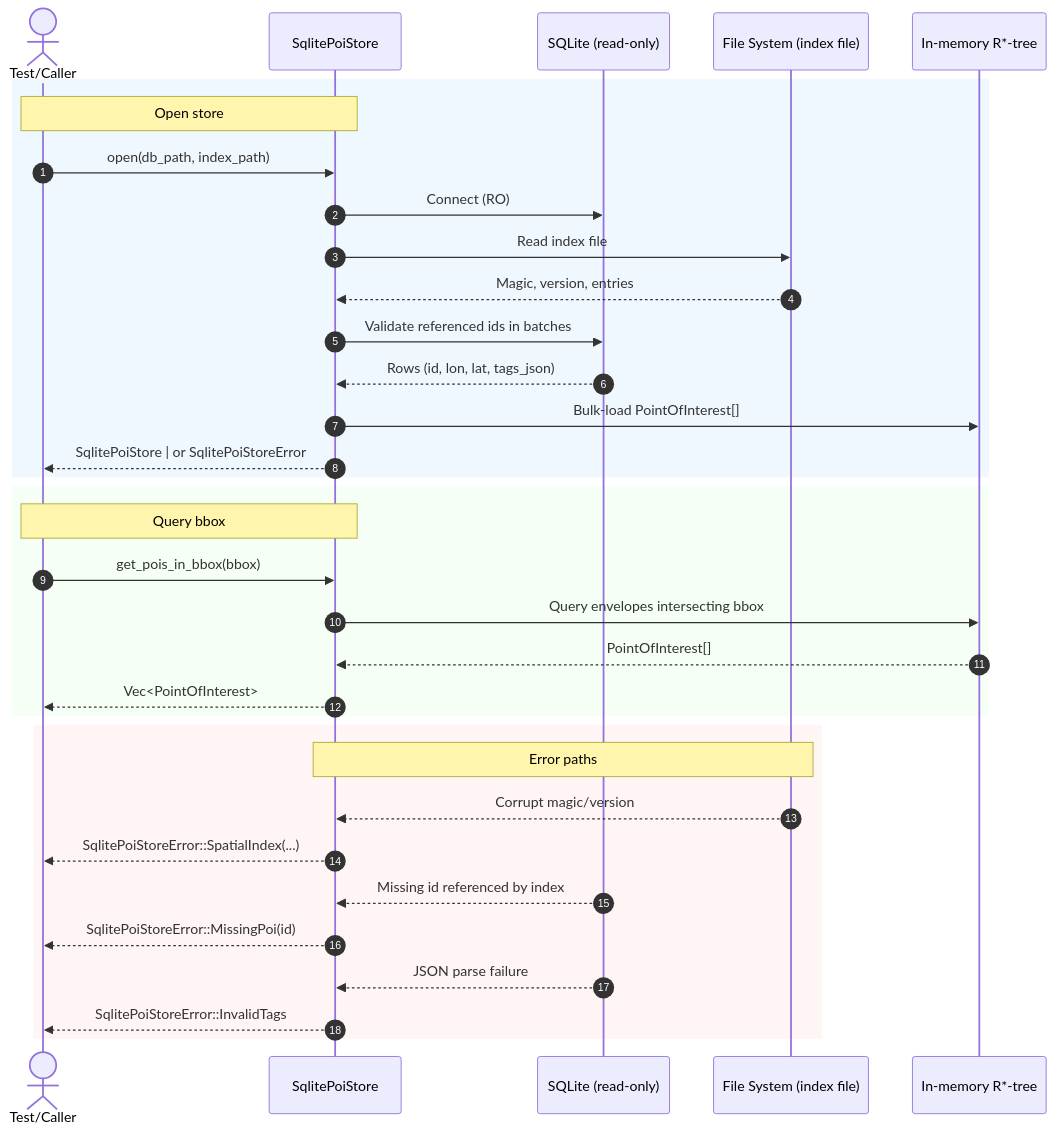
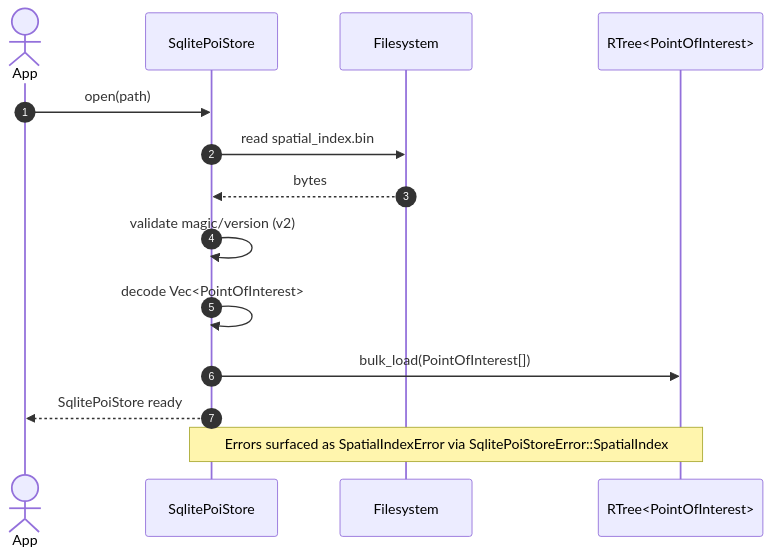
Before and after one commit to leynos/wildside-engine: the second of 3 diagrams in docs/wildside-engine-design.md, drawn with Mermaid. The commit also changed other lines of this file, not shown here.

Commit message:
Add spatial index runtime sequence diagrams

````diff
--- a/docs/wildside-engine-design.md
+++ b/docs/wildside-engine-design.md
@@ -158,39 +158,17 @@
 ```mermaid
 sequenceDiagram
   autonumber
-  actor Test as Test/Caller
+  actor App
   participant Store as SqlitePoiStore
-  participant SQLite as SQLite (read-only)
-  participant FS as File System (index file)
-  participant RTree as In-memory R*-tree
+  participant FS as Filesystem
+  participant RTree as RTree<PointOfInterest>
 
-  rect rgb(240,248,255)
-    note over Test,Store: Open store
-    Test->>Store: open(db_path, index_path)
-    Store->>SQLite: Connect (RO)
-    Store->>FS: Read index file
-    FS-->>Store: Magic, version, entries
-    Store->>SQLite: Validate referenced ids in batches
-    SQLite-->>Store: Rows (id, lon, lat, tags_json)
-    Store->>RTree: Bulk-load PointOfInterest[]
-    Store-->>Test: SqlitePoiStore | or SqlitePoiStoreError
-  end
-
-  rect rgb(245,255,245)
-    note over Test,Store: Query bbox
-    Test->>Store: get_pois_in_bbox(bbox)
-    Store->>RTree: Query envelopes intersecting bbox
-    RTree-->>Store: PointOfInterest[]
-    Store-->>Test: Vec<PointOfInterest>
-  end
-
-  rect rgb(255,245,245)
-    note over Store,FS: Error paths
-    FS-->>Store: Corrupt magic/version
-    Store-->>Test: SqlitePoiStoreError::SpatialIndex(...)
-    SQLite-->>Store: Missing id referenced by index
-    Store-->>Test: SqlitePoiStoreError::MissingPoi(id)
-    SQLite-->>Store: JSON parse failure
-    Store-->>Test: SqlitePoiStoreError::InvalidTags
-  end
+  App->>Store: open(path)
+  Store->>FS: read spatial_index.bin
+  FS-->>Store: bytes
+  Store->>Store: validate magic/version (v2)
+  Store->>Store: decode Vec<PointOfInterest>
+  Store->>RTree: bulk_load(PointOfInterest[])
+  Store-->>App: SqlitePoiStore ready
+  Note over Store,RTree: Errors surfaced as SpatialIndexError via SqlitePoiStoreError::SpatialIndex
 ```
````
